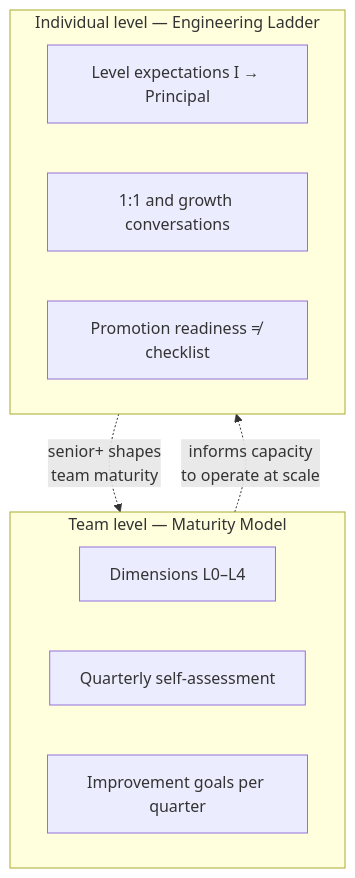
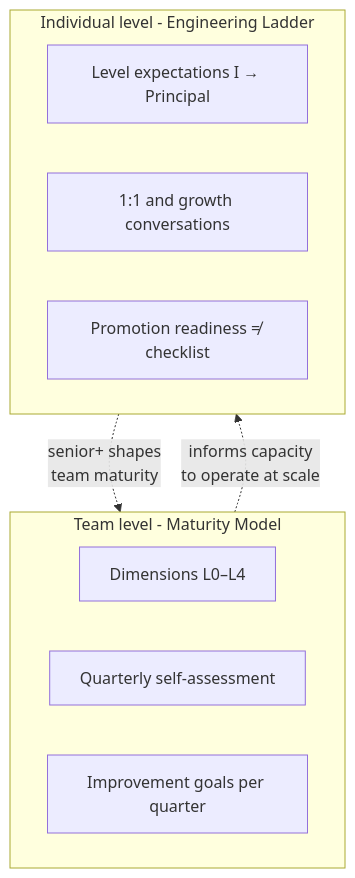
Before and after one commit to rishikeshdhokare/platform-manifesto: the second of 3 diagrams in 07-ways-of-working/02-engineering-ladder.md, drawn with Mermaid. The commit also changed other lines of this file and 16 other files, not shown here.

````diff
--- a/07-ways-of-working/02-engineering-ladder.md
+++ b/07-ways-of-working/02-engineering-ladder.md
@@ -109,15 +109,15 @@
 ```mermaid
 flowchart TB
-    subgraph team [Team level — Maturity Model]
+    subgraph team [Team level - Maturity Model]
         D1[Dimensions L0–L4]
         D2[Quarterly self-assessment]
         D3[Improvement goals per quarter]
     end
-    subgraph individual [Individual level — Engineering Ladder]
+    subgraph individual [Individual level - Engineering Ladder]
         L1[Level expectations I → Principal]
         L2[1:1 and growth conversations]
         L3[Promotion readiness ≠ checklist]
     end
     team -.->|"informs capacity<br/>to operate at scale"| individual
     individual -.->|"senior+ shapes<br/>team maturity"| team
 ```
````
